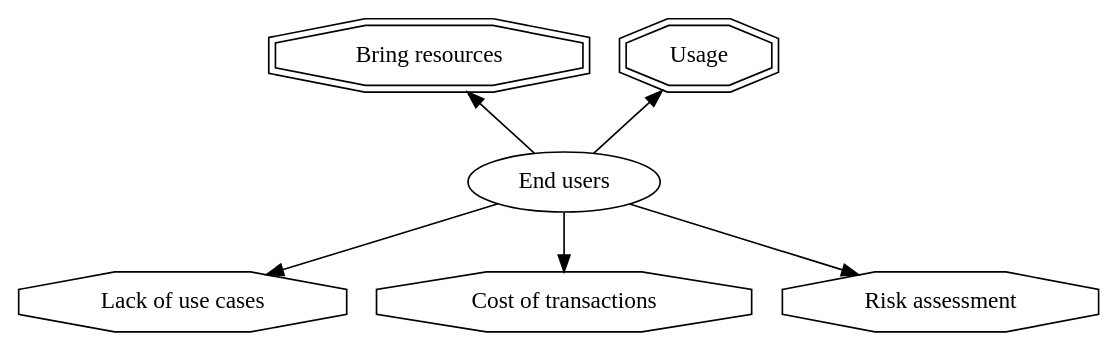
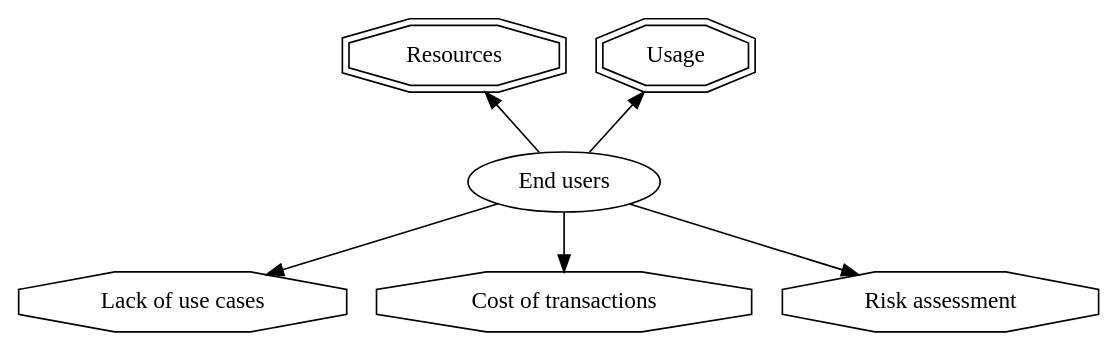
The seventh of 13 diagrams in Ethereum1x_definition.md (ledgerwatch/eth_state), drawn with Graphviz before and after one commit. The commit also changed other lines of this file, not shown here.

````diff
--- a/Ethereum1x_definition.md
+++ b/Ethereum1x_definition.md
@@ -69,15 +69,12 @@
 ```graphviz
 digraph end_users {
 end_users [label="End users"];
-resources [label="Bring resources" shape="doubleoctagon"];
+resources [label="Resources" shape="doubleoctagon"];
 usage [label="Usage" shape="doubleoctagon"];
 no_usecases [label="Lack of use cases" shape="octagon"];
 tx_cost [label="Cost of transactions" shape="octagon"];
 tx_safety [label="Risk assessment" shape="octagon"];
-{rank=same end_users}
-{rank=same resources usage}
-{rank=same tx_cost tx_safety no_usecases}
 {resources usage} -> end_users [dir="back"]
 end_users -> {tx_cost tx_safety no_usecases}
 }
 ```
````
